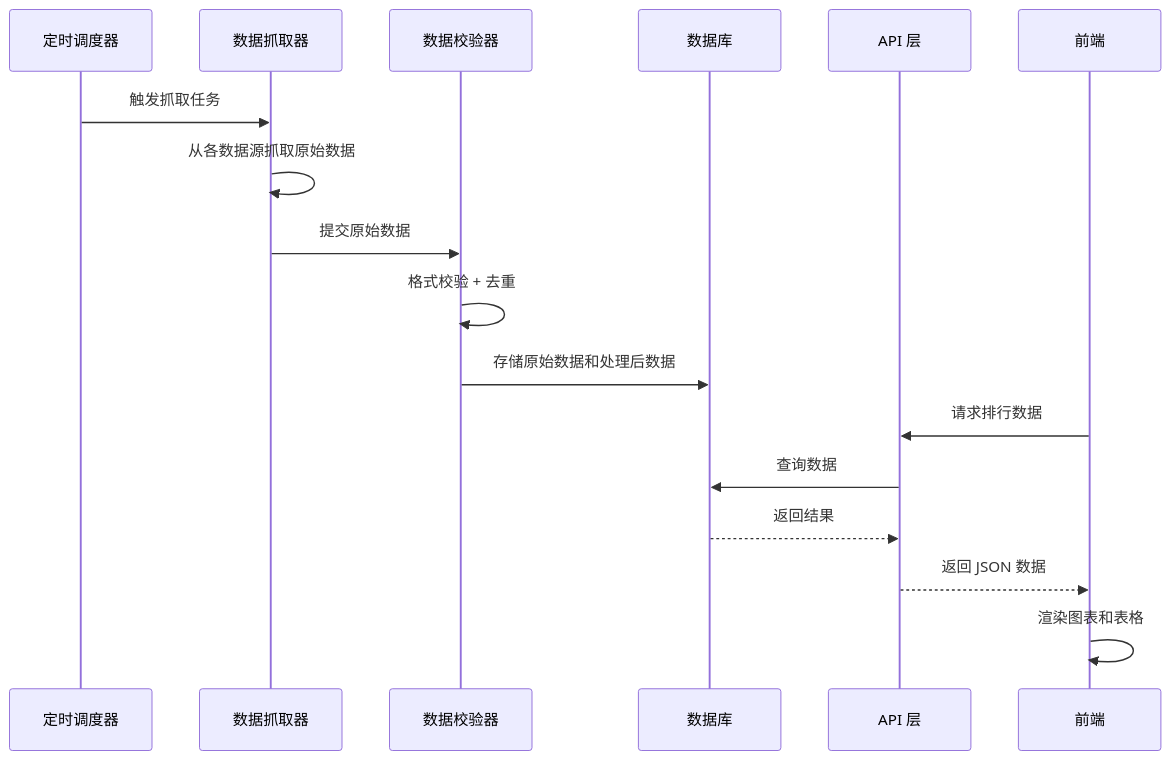
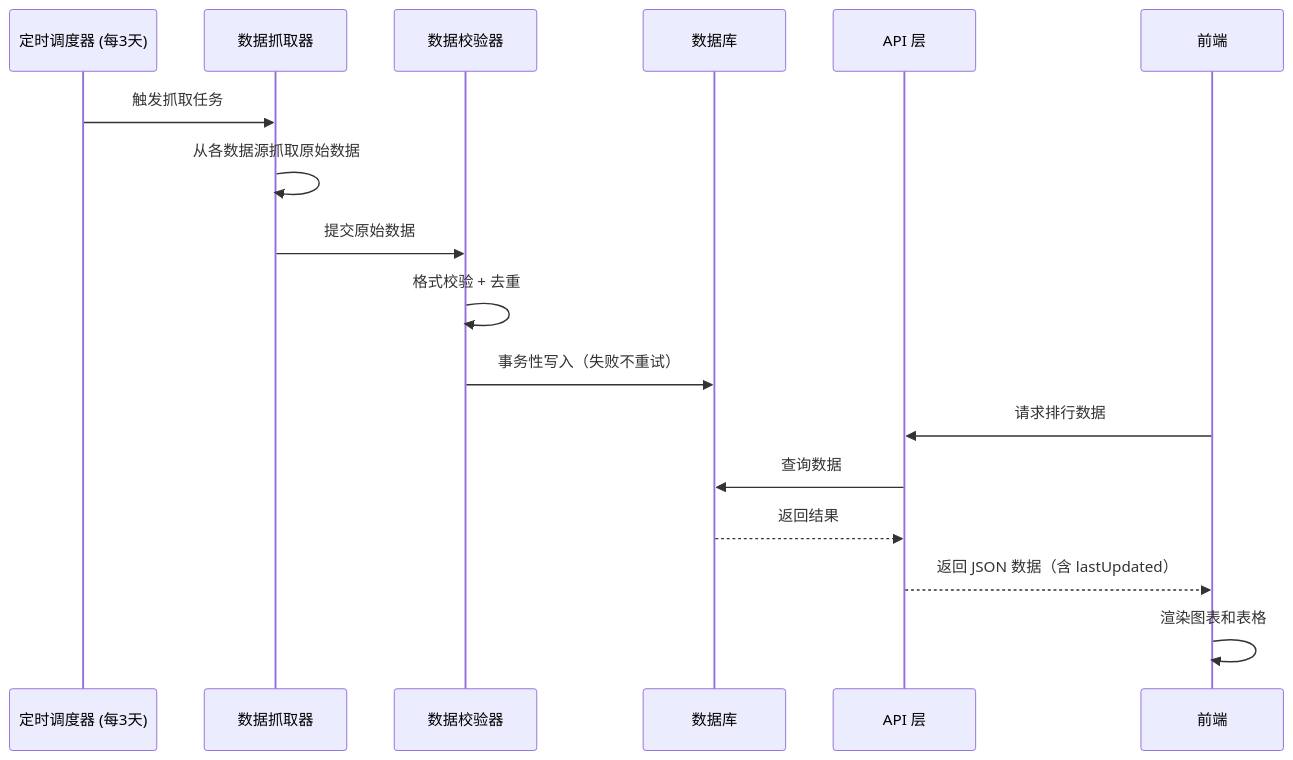
Before and after one commit to githubgotest001/kiro-claude-project: the second of 2 diagrams in .kiro/specs/ai-model-leaderboard/design.md, drawn with Mermaid. The commit also changed other lines of this file and 23 other files, not shown here.

````diff
--- a/.kiro/specs/ai-model-leaderboard/design.md
+++ b/.kiro/specs/ai-model-leaderboard/design.md
@@ -53,21 +51,21 @@
 ```mermaid
 sequenceDiagram
-    participant Cron as 定时调度器
+    participant Cron as 定时调度器 (每3天)
     participant Scraper as 数据抓取器
     participant Validator as 数据校验器
     participant DB as 数据库
     participant API as API 层
     participant UI as 前端
 
     Cron->>Scraper: 触发抓取任务
     Scraper->>Scraper: 从各数据源抓取原始数据
     Scraper->>Validator: 提交原始数据
     Validator->>Validator: 格式校验 + 去重
-    Validator->>DB: 存储原始数据和处理后数据
+    Validator->>DB: 事务性写入（失败不重试）
     
     UI->>API: 请求排行数据
     API->>DB: 查询数据
     DB-->>API: 返回结果
-    API-->>UI: 返回 JSON 数据
+    API-->>UI: 返回 JSON 数据（含 lastUpdated）
     UI->>UI: 渲染图表和表格
 ```
````
